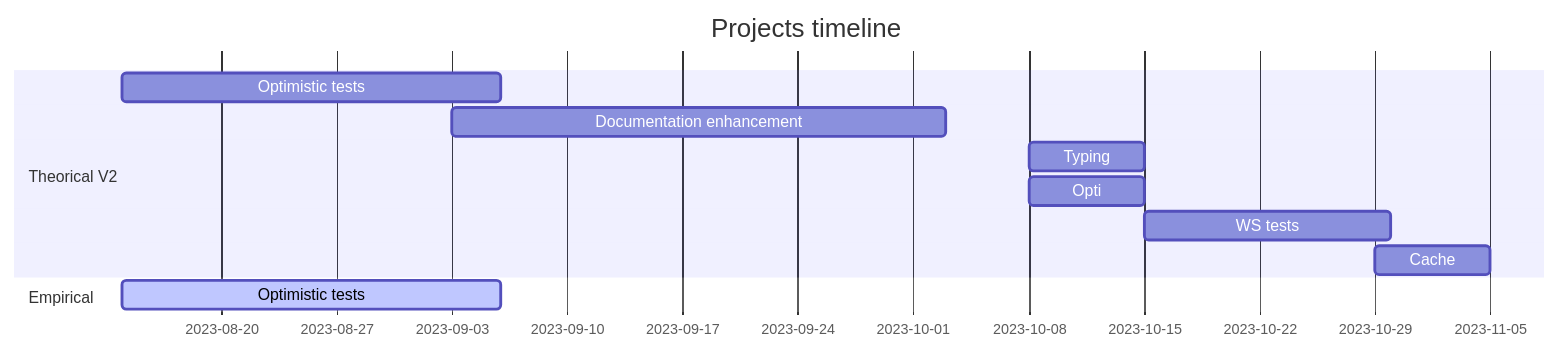
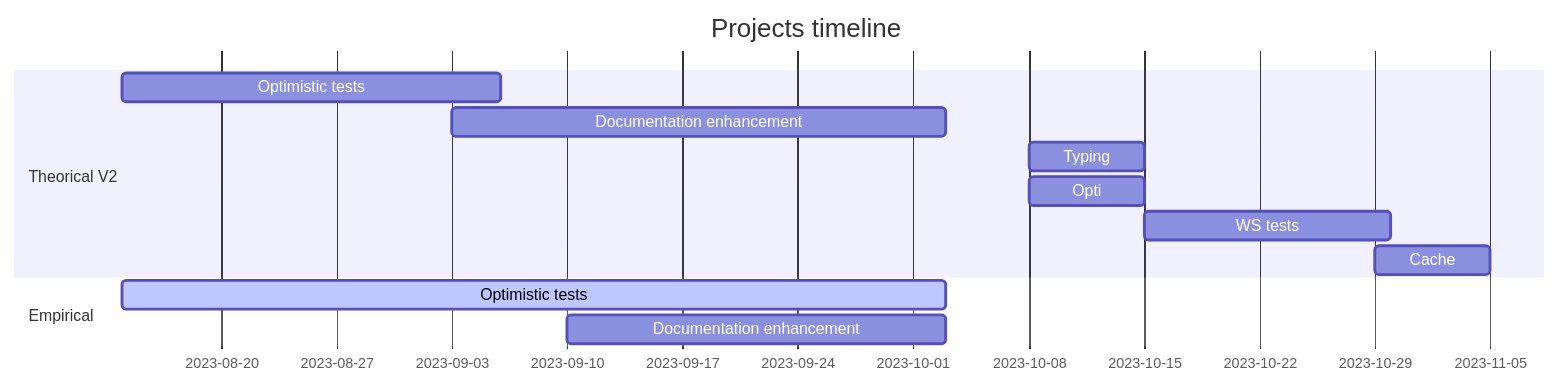
One commit to eth-protocol-fellows/cohort-four changed the diagram in projects/consensus-specs-enhancement.md. Above: the diagram before and after it, drawn with Mermaid.

Commit message:
📝 update empirical timeline

````diff
--- a/projects/consensus-specs-enhancement.md
+++ b/projects/consensus-specs-enhancement.md
@@ -35,17 +35,18 @@
 ```mermaid
 gantt
     title Projects timeline
     dateFormat  YYYY-MM-DD
     
     section Theorical V2
     Optimistic tests                  :2023-08-14, 23d
     Documentation enhancement         :2023-09-03, 30d
     Typing                            :2023-10-08, 7d
     Opti                              :2023-10-08, 7d
     WS tests                          :2023-10-15, 15d
     Cache                             :2023-10-29, 7d
     
     section Empirical
-    Optimistic tests         :active, 2023-08-14, 23d
+    Optimistic tests         :active, 2023-08-14, 50d
+    Documentation enhancement         :active 2023-09-10, 23d
 
 ```
````
